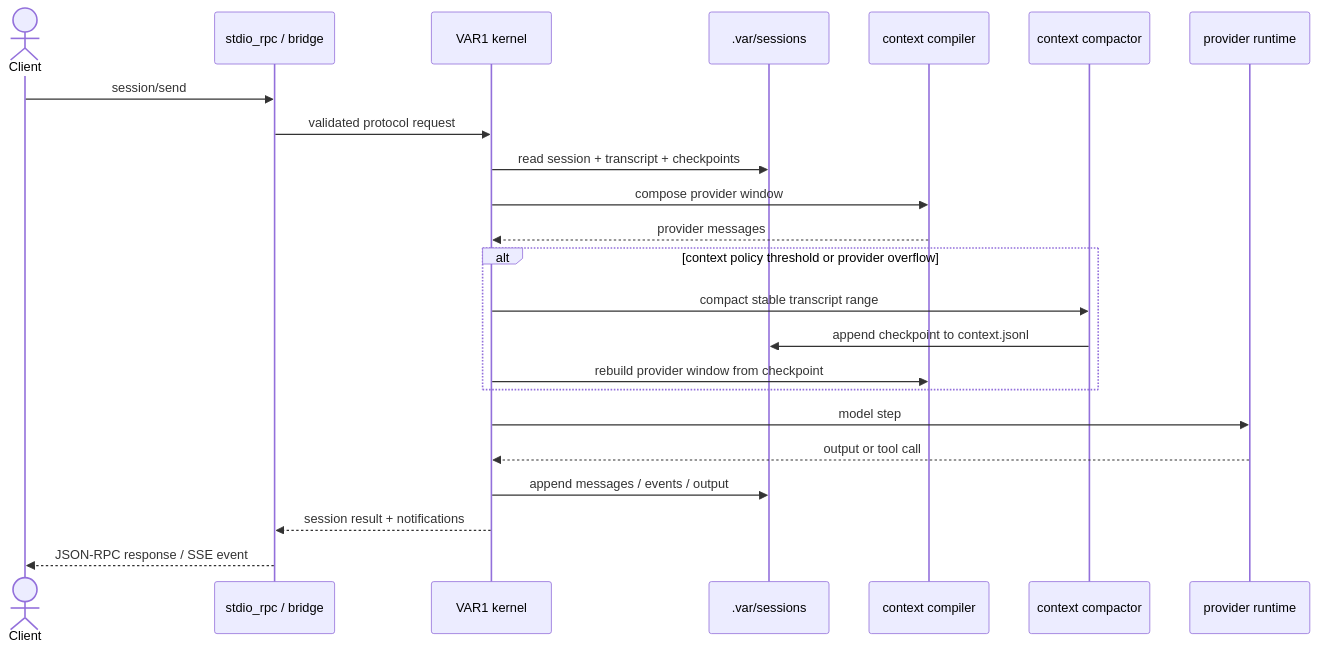
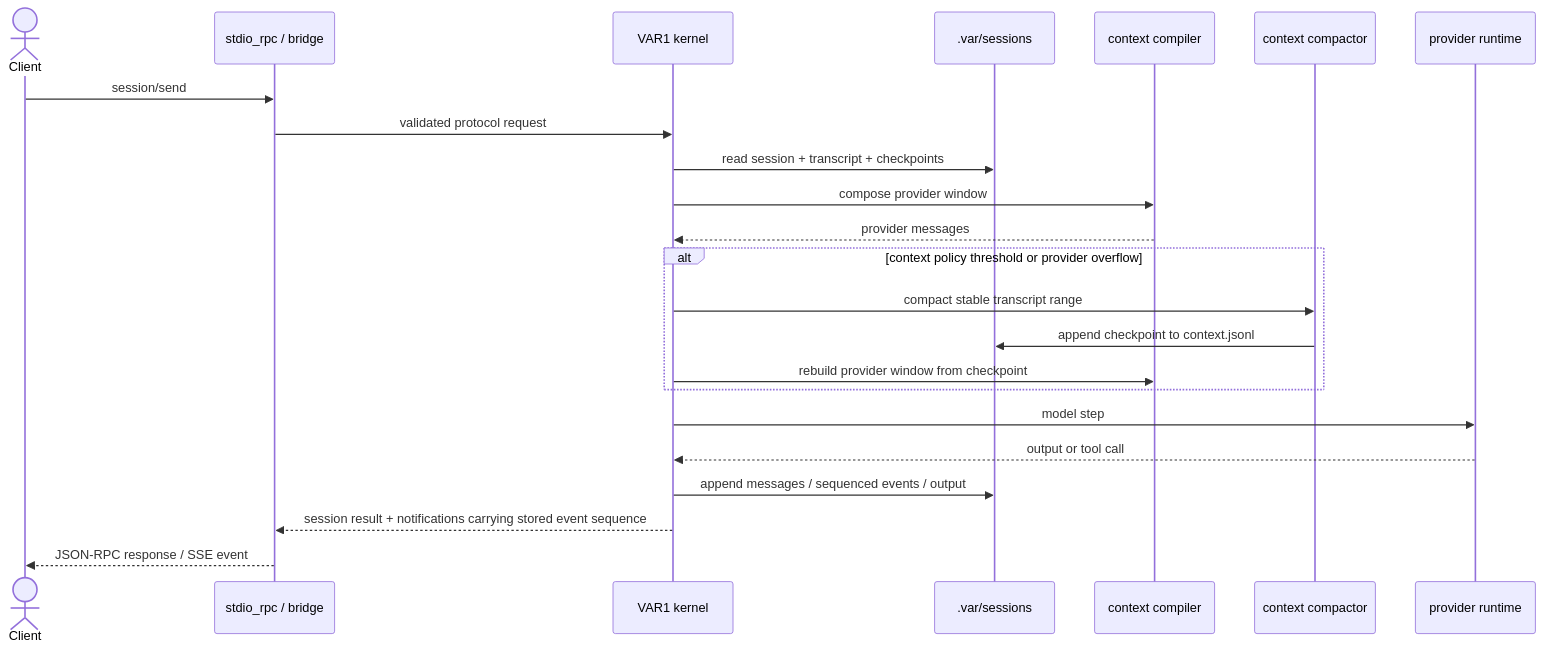
Before and after one commit to savageops/VANTARI-ONE: the third of 4 diagrams in README.md, drawn with Mermaid. The commit also changed other lines of this file and 19 other files, not shown here.

````diff
--- a/README.md
+++ b/README.md
@@ -447,26 +447,26 @@
 ```mermaid
 sequenceDiagram
   actor Client
   participant Host as stdio_rpc / bridge
   participant Kernel as VAR1 kernel
   participant Store as .var/sessions
   participant Builder as context compiler
   participant Compactor as context compactor
   participant Provider as provider runtime
 
   Client->>Host: session/send
   Host->>Kernel: validated protocol request
   Kernel->>Store: read session + transcript + checkpoints
   Kernel->>Builder: compose provider window
   Builder-->>Kernel: provider messages
   alt context policy threshold or provider overflow
     Kernel->>Compactor: compact stable transcript range
     Compactor->>Store: append checkpoint to context.jsonl
     Kernel->>Builder: rebuild provider window from checkpoint
   end
   Kernel->>Provider: model step
   Provider-->>Kernel: output or tool call
-  Kernel->>Store: append messages / events / output
-  Kernel-->>Host: session result + notifications
+  Kernel->>Store: append messages / sequenced events / output
+  Kernel-->>Host: session result + notifications carrying stored event sequence
   Host-->>Client: JSON-RPC response / SSE event
 ```
````
